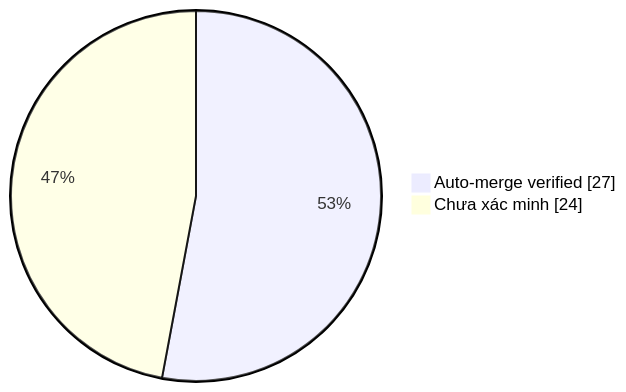
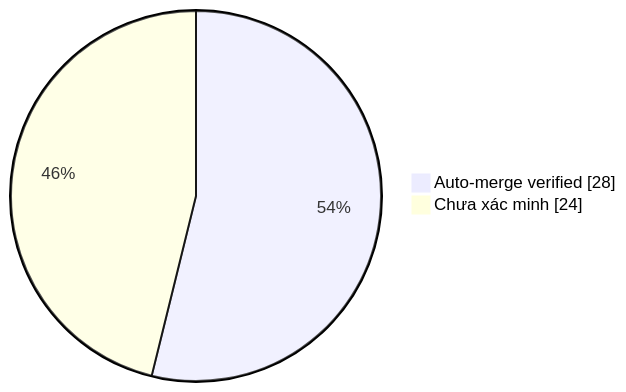
The diagram in collector.md (duykhang68/tetdinhmuiblog), drawn with Mermaid before and after one commit. The commit also changed other lines of this file and 1 other file, not shown here.

Commit message:
docs(collector): update auto-merge evidence dashboard

````diff
--- a/collector.md
+++ b/collector.md
@@ -22,5 +22,5 @@
 ```mermaid
 pie showData
-    "Auto-merge verified" : 27
+    "Auto-merge verified" : 28
     "Chưa xác minh" : 24
 ```
````
